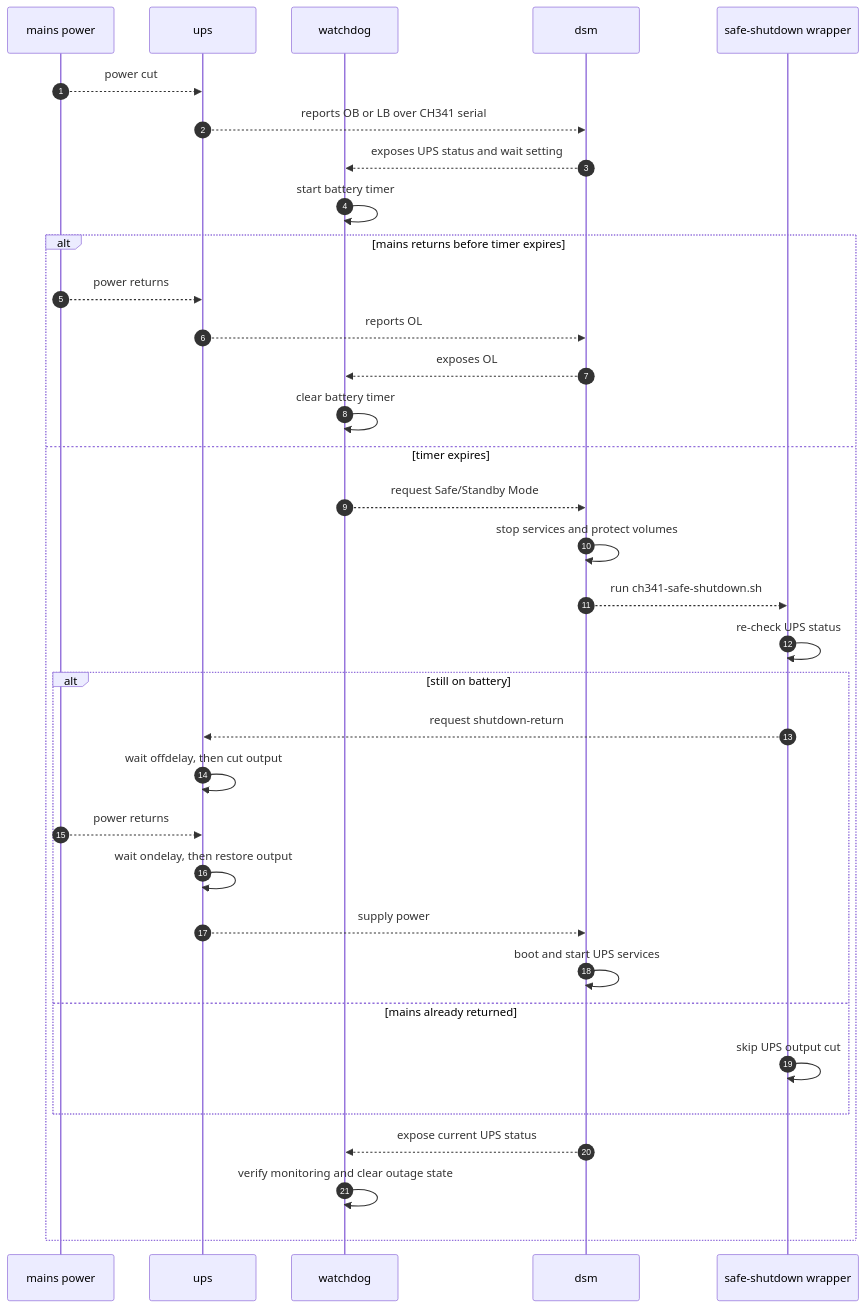
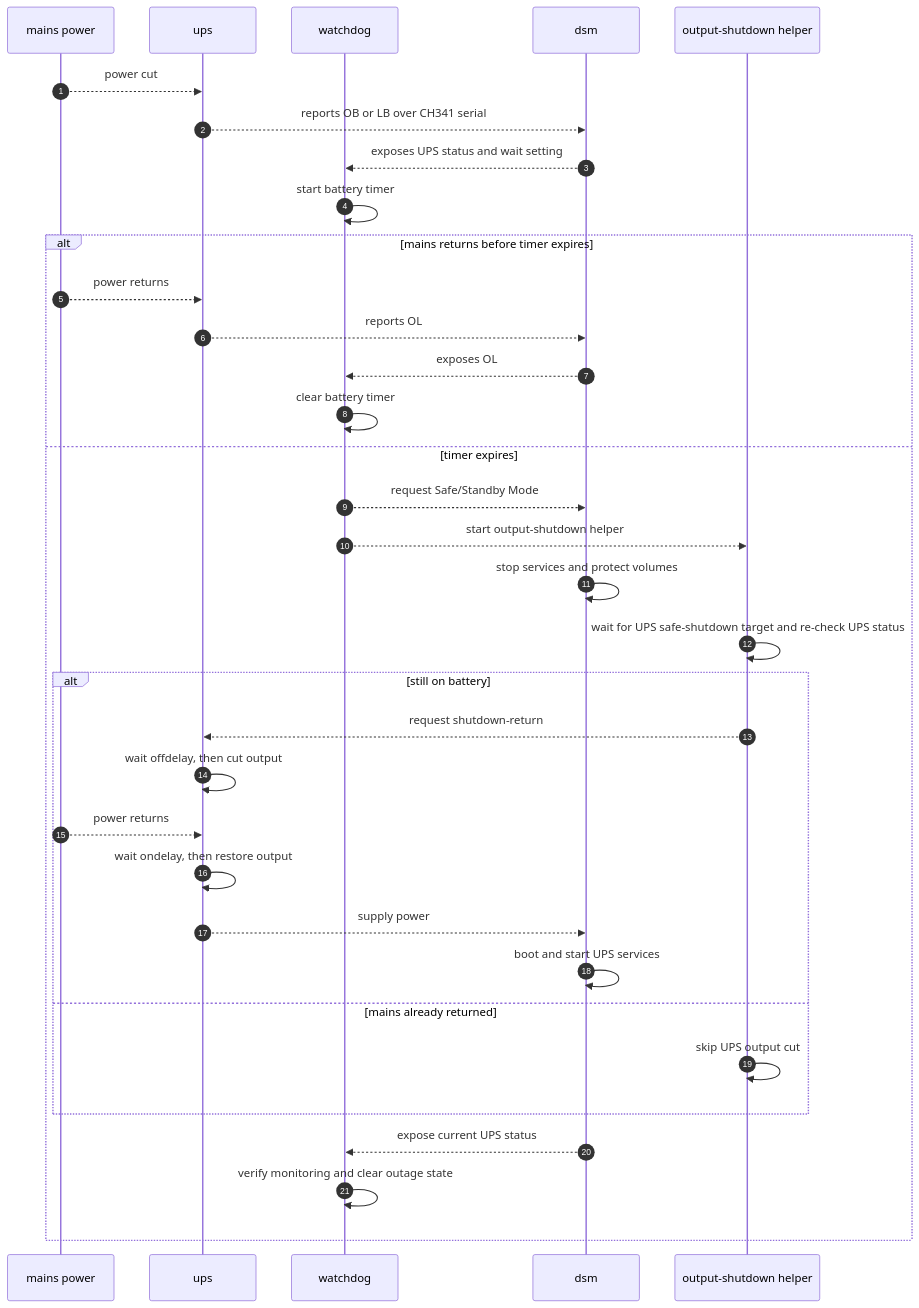
The first of 2 diagrams in README.md (papa-vova/synology-nut-ch341-ups), drawn with Mermaid before and after one commit. The commit also changed other lines of this file and 3 other files, not shown here.

Commit message:
Gate UPS output shutdown on safe target

````diff
--- a/README.md
+++ b/README.md
@@ -54,37 +54,37 @@
 ```mermaid
 sequenceDiagram
   autonumber
   participant M as mains power
   participant U as ups
   participant W as watchdog
   participant D as dsm
-  participant S as safe-shutdown wrapper
+  participant O as output-shutdown helper
 
   M-->>U: power cut
   U-->>D: reports OB or LB over CH341 serial
   D-->>W: exposes UPS status and wait setting
   W->>W: start battery timer
   alt mains returns before timer expires
     M-->>U: power returns
     U-->>D: reports OL
     D-->>W: exposes OL
     W->>W: clear battery timer
   else timer expires
     W-->>D: request Safe/Standby Mode
+    W-->>O: start output-shutdown helper
     D->>D: stop services and protect volumes
-    D-->>S: run ch341-safe-shutdown.sh
-    S->>S: re-check UPS status
+    O->>O: wait for UPS safe-shutdown target and re-check UPS status
     alt still on battery
-      S-->>U: request shutdown-return
+      O-->>U: request shutdown-return
       U->>U: wait offdelay, then cut output
       M-->>U: power returns
       U->>U: wait ondelay, then restore output
       U-->>D: supply power
       D->>D: boot and start UPS services
     else mains already returned
-      S->>S: skip UPS output cut
+      O->>O: skip UPS output cut
     end
     D-->>W: expose current UPS status
     W->>W: verify monitoring and clear outage state
   end
 ```
````
